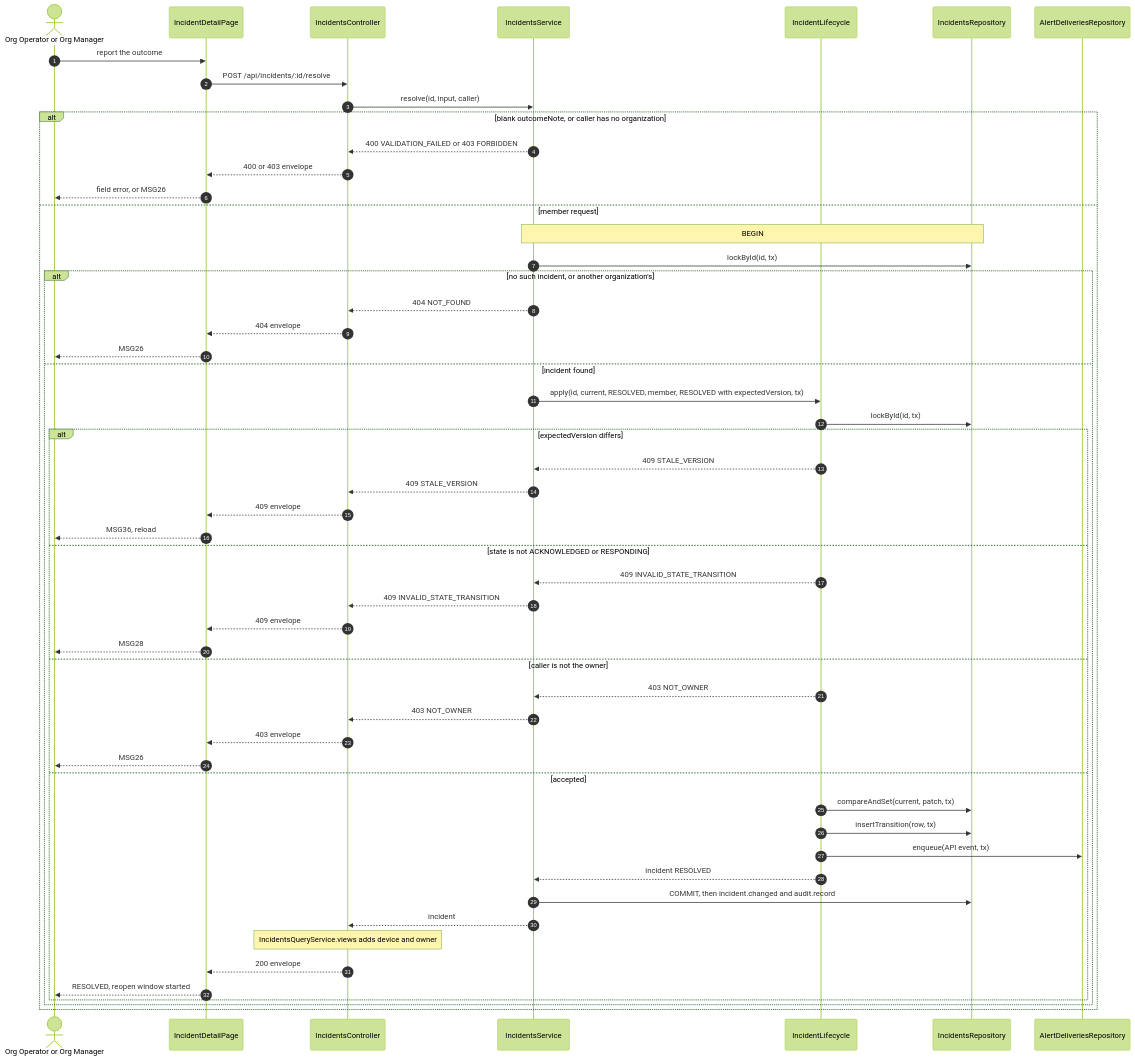
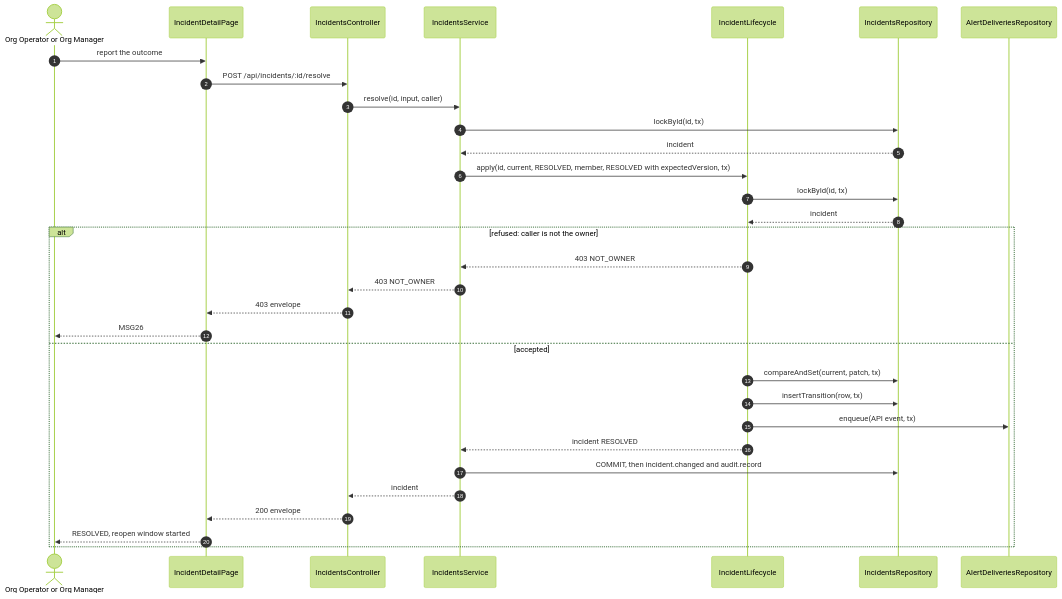
One commit to TrekLink-Team/treklink-web changed the second of 2 diagrams in specs/incidents/api-design/06-post-incidents-id-resolve.md. Above: the diagram before and after it, drawn with Mermaid (forest theme). The commit also changed other lines of this file and 8 other files, not shown here.

First line of the commit message:
docs: draw one alt per incidents sequence again

````diff
--- a/specs/incidents/api-design/06-post-incidents-id-resolve.md
+++ b/specs/incidents/api-design/06-post-incidents-id-resolve.md
@@ -249,56 +249,34 @@
 ```mermaid
 sequenceDiagram
     autonumber
     actor U as Org Operator or Org Manager
     participant P as IncidentDetailPage
     participant Ctl as IncidentsController
     participant Svc as IncidentsService
     participant L as IncidentLifecycle
     participant R as IncidentsRepository
     participant Ob as AlertDeliveriesRepository
     U->>P: report the outcome
     P->>Ctl: POST /api/incidents/:id/resolve
     Ctl->>Svc: resolve(id, input, caller)
-    alt blank outcomeNote, or caller has no organization
-        Svc-->>Ctl: 400 VALIDATION_FAILED or 403 FORBIDDEN
-        Ctl-->>P: 400 or 403 envelope
-        P-->>U: field error, or MSG26
-    else member request
-        Note over Svc,R: BEGIN
-        Svc->>R: lockById(id, tx)
-        alt no such incident, or another organization's
-            Svc-->>Ctl: 404 NOT_FOUND
-            Ctl-->>P: 404 envelope
-            P-->>U: MSG26
-        else incident found
-            Svc->>L: apply(id, current, RESOLVED, member, RESOLVED with expectedVersion, tx)
-            L->>R: lockById(id, tx)
-            alt expectedVersion differs
-                L-->>Svc: 409 STALE_VERSION
-                Svc-->>Ctl: 409 STALE_VERSION
-                Ctl-->>P: 409 envelope
-                P-->>U: MSG36, reload
-            else state is not ACKNOWLEDGED or RESPONDING
-                L-->>Svc: 409 INVALID_STATE_TRANSITION
-                Svc-->>Ctl: 409 INVALID_STATE_TRANSITION
-                Ctl-->>P: 409 envelope
-                P-->>U: MSG28
-            else caller is not the owner
-                L-->>Svc: 403 NOT_OWNER
-                Svc-->>Ctl: 403 NOT_OWNER
-                Ctl-->>P: 403 envelope
-                P-->>U: MSG26
-            else accepted
-                L->>R: compareAndSet(current, patch, tx)
-                L->>R: insertTransition(row, tx)
-                L->>Ob: enqueue(API event, tx)
-                L-->>Svc: incident RESOLVED
-                Svc->>R: COMMIT, then incident.changed and audit.record
-                Svc-->>Ctl: incident
-                Note over Ctl: IncidentsQueryService.views adds device and owner
-                Ctl-->>P: 200 envelope
-                P-->>U: RESOLVED, reopen window started
-            end
-        end
+    Svc->>R: lockById(id, tx)
+    R-->>Svc: incident
+    Svc->>L: apply(id, current, RESOLVED, member, RESOLVED with expectedVersion, tx)
+    L->>R: lockById(id, tx)
+    R-->>L: incident
+    alt refused: caller is not the owner
+        L-->>Svc: 403 NOT_OWNER
+        Svc-->>Ctl: 403 NOT_OWNER
+        Ctl-->>P: 403 envelope
+        P-->>U: MSG26
+    else accepted
+        L->>R: compareAndSet(current, patch, tx)
+        L->>R: insertTransition(row, tx)
+        L->>Ob: enqueue(API event, tx)
+        L-->>Svc: incident RESOLVED
+        Svc->>R: COMMIT, then incident.changed and audit.record
+        Svc-->>Ctl: incident
+        Ctl-->>P: 200 envelope
+        P-->>U: RESOLVED, reopen window started
     end
 ```
````
